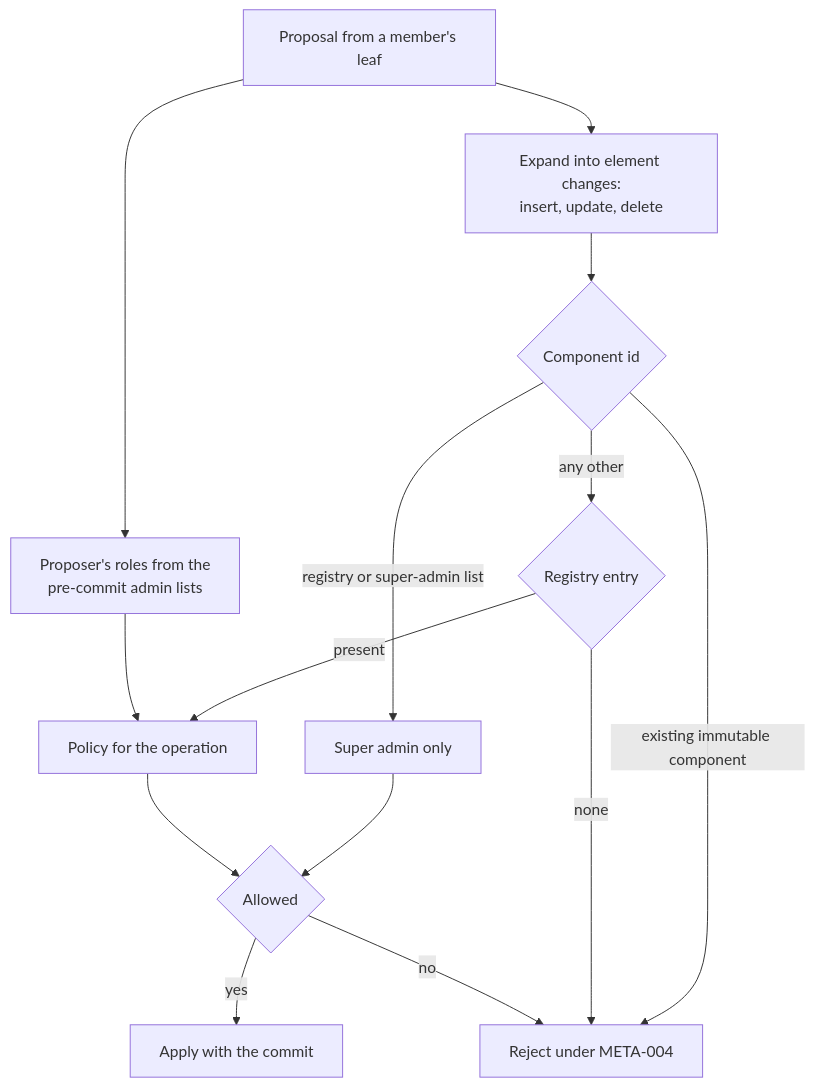
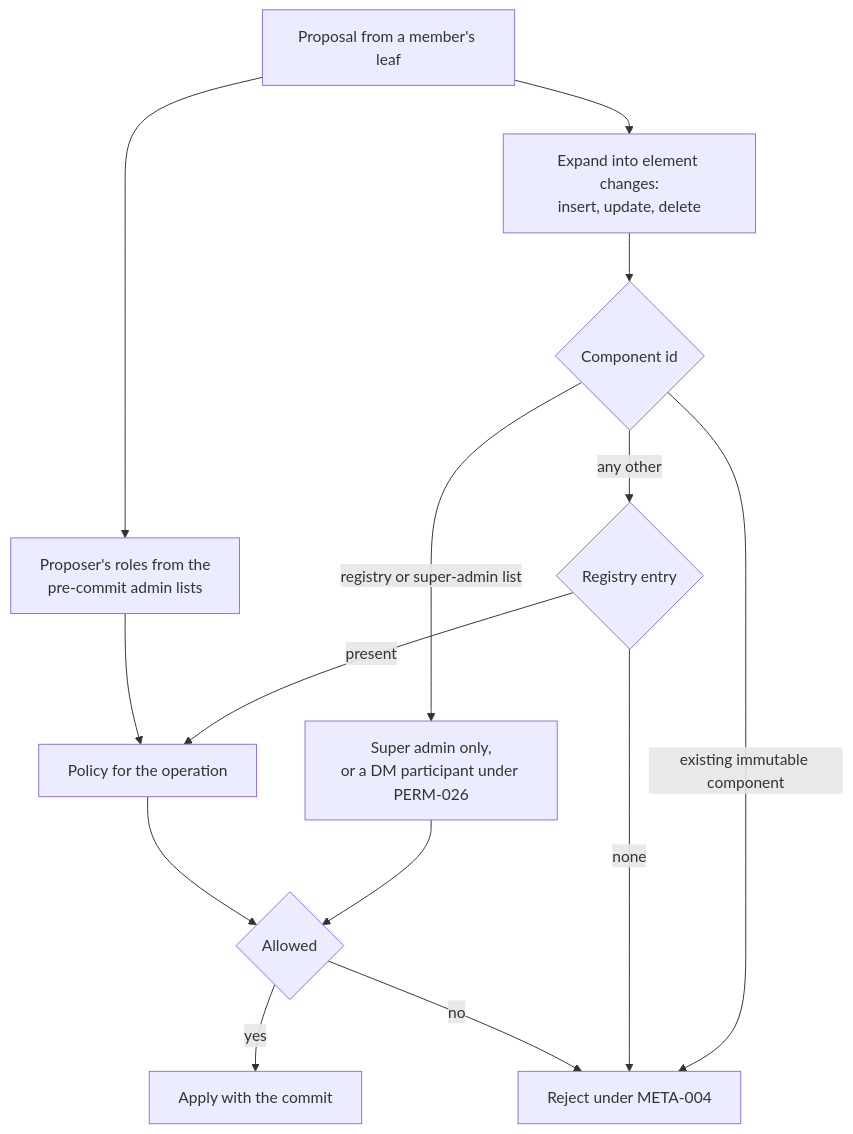
The diagram in docs/specs/PERM-group-permissions.md (xmtp/libxmtp), drawn with Mermaid before and after one commit. The commit also changed other lines of this file and 23 other files, not shown here.

````diff
--- a/docs/specs/PERM-group-permissions.md
+++ b/docs/specs/PERM-group-permissions.md
@@ -11,16 +11,16 @@
 ```mermaid
 flowchart TD
   P[Proposal from a member's leaf] --> R[Proposer's roles from the<br/>pre-commit admin lists]
   P --> E[Expand into element changes:<br/>insert, update, delete]
   E --> C{Component id}
-  C -->|registry or super-admin list| H[Super admin only]
+  C -->|registry or super-admin list| H[Super admin only,<br/>or a DM participant under PERM-026]
   C -->|existing immutable component| X[Reject under META-004]
   C -->|any other| L{Registry entry}
   L -->|none| X
   L -->|present| Q[Policy for the operation]
   R --> Q
   H --> D{Allowed}
   Q --> D
   D -->|yes| A[Apply with the commit]
   D -->|no| X
 ```
````
